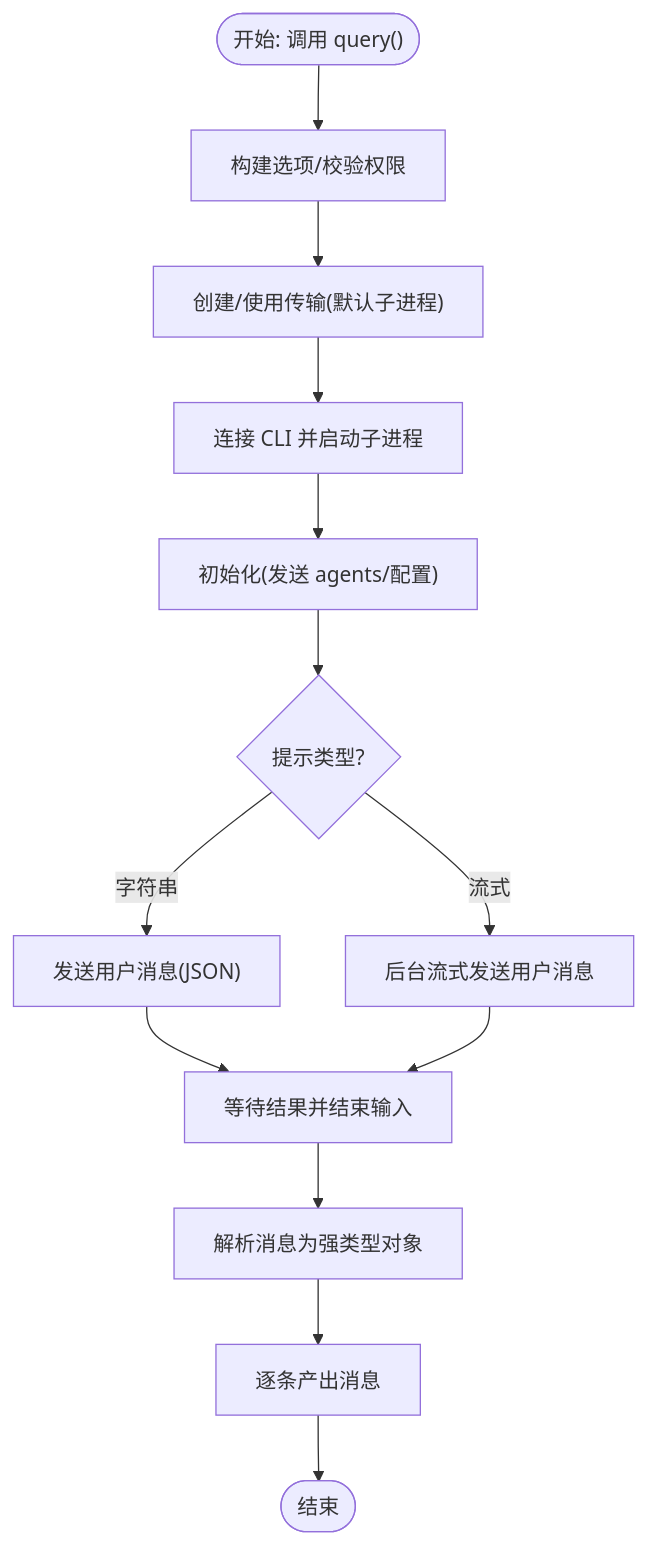
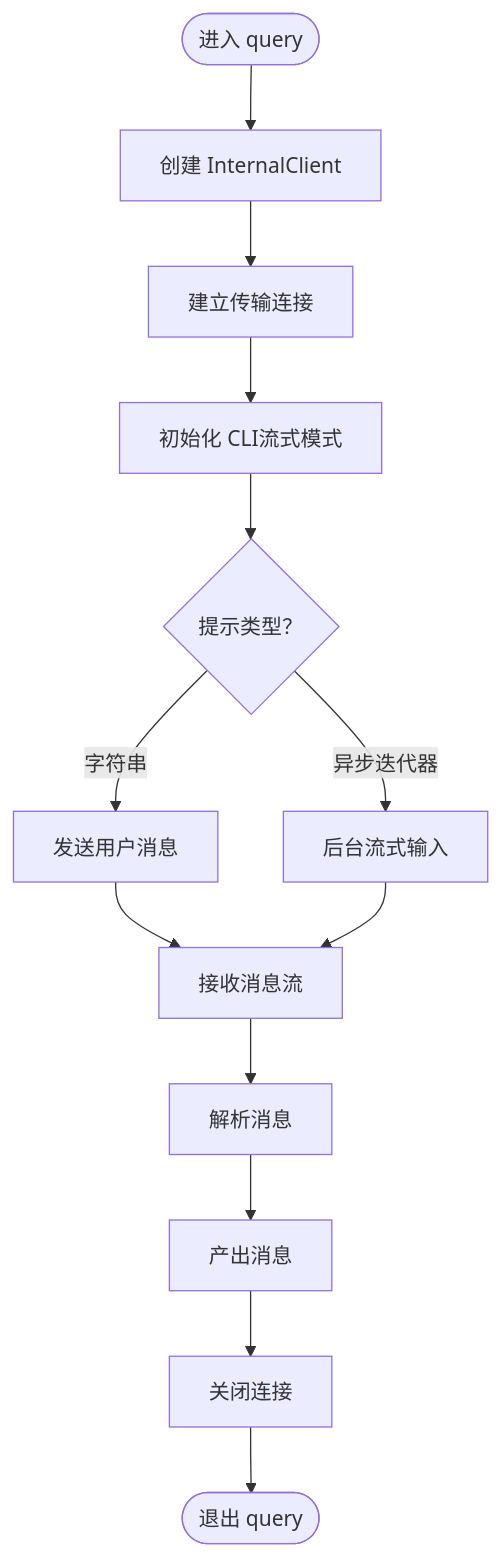
Before and after one commit to defulat-coder/claude-agent-sdk-python: the third of 8 diagrams in .qoder/repowiki/zh/content/项目概述.md, drawn with Mermaid. The commit also changed other lines of this file and 77 other files, not shown here.

````diff
--- a/.qoder/repowiki/zh/content/项目概述.md
+++ b/.qoder/repowiki/zh/content/项目概述.md
@@ -164,15 +153,15 @@
 ```mermaid
 flowchart TD
-Start(["开始: 调用 query()"]) --> BuildOpts["构建选项/校验权限"]
-BuildOpts --> CreateTrans["创建/使用传输(默认子进程)"]
-CreateTrans --> Connect["连接 CLI 并启动子进程"]
-Connect --> Init["初始化(发送 agents/配置)"]
-Init --> PromptType{"提示类型?"}
-PromptType --> |字符串| SendUser["发送用户消息(JSON)"]
-PromptType --> |流式| StreamUser["后台流式发送用户消息"]
-SendUser --> WaitResult["等待结果并结束输入"]
-StreamUser --> WaitResult
-WaitResult --> Parse["解析消息为强类型对象"]
-Parse --> Yield["逐条产出消息"]
-Yield --> End(["结束"])
+Start(["进入 query"]) --> Init["创建 InternalClient"]
+Init --> Connect["建立传输连接"]
+Connect --> InitCLI["初始化 CLI流式模式"]
+InitCLI --> PromptType{"提示类型？"}
+PromptType --> |字符串| SendUser["发送用户消息"]
+PromptType --> |异步迭代器| StreamInput["后台流式输入"]
+SendUser --> Receive["接收消息流"]
+StreamInput --> Receive
+Receive --> Parse["解析消息"]
+Parse --> Yield["产出消息"]
+Yield --> Close["关闭连接"]
+Close --> End(["退出 query"])
 ```
````
